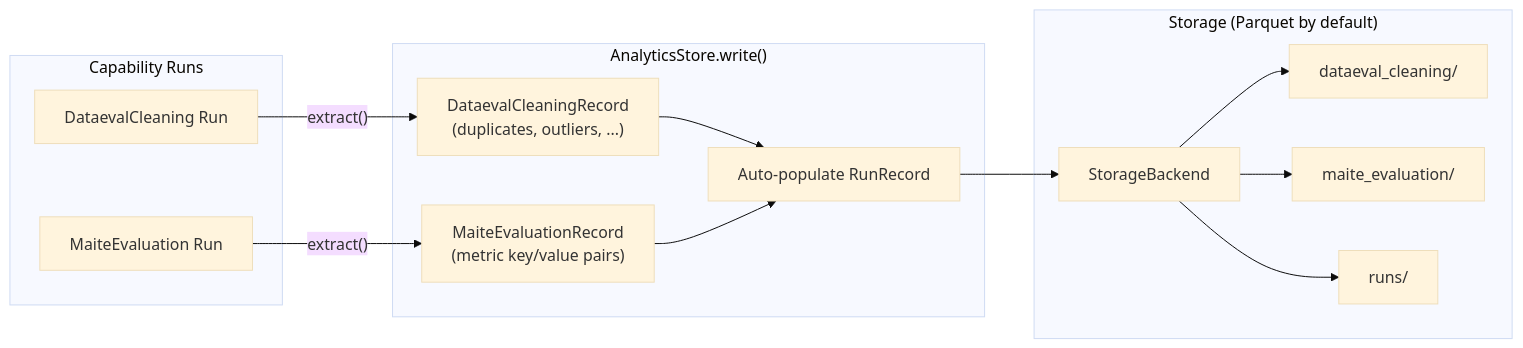
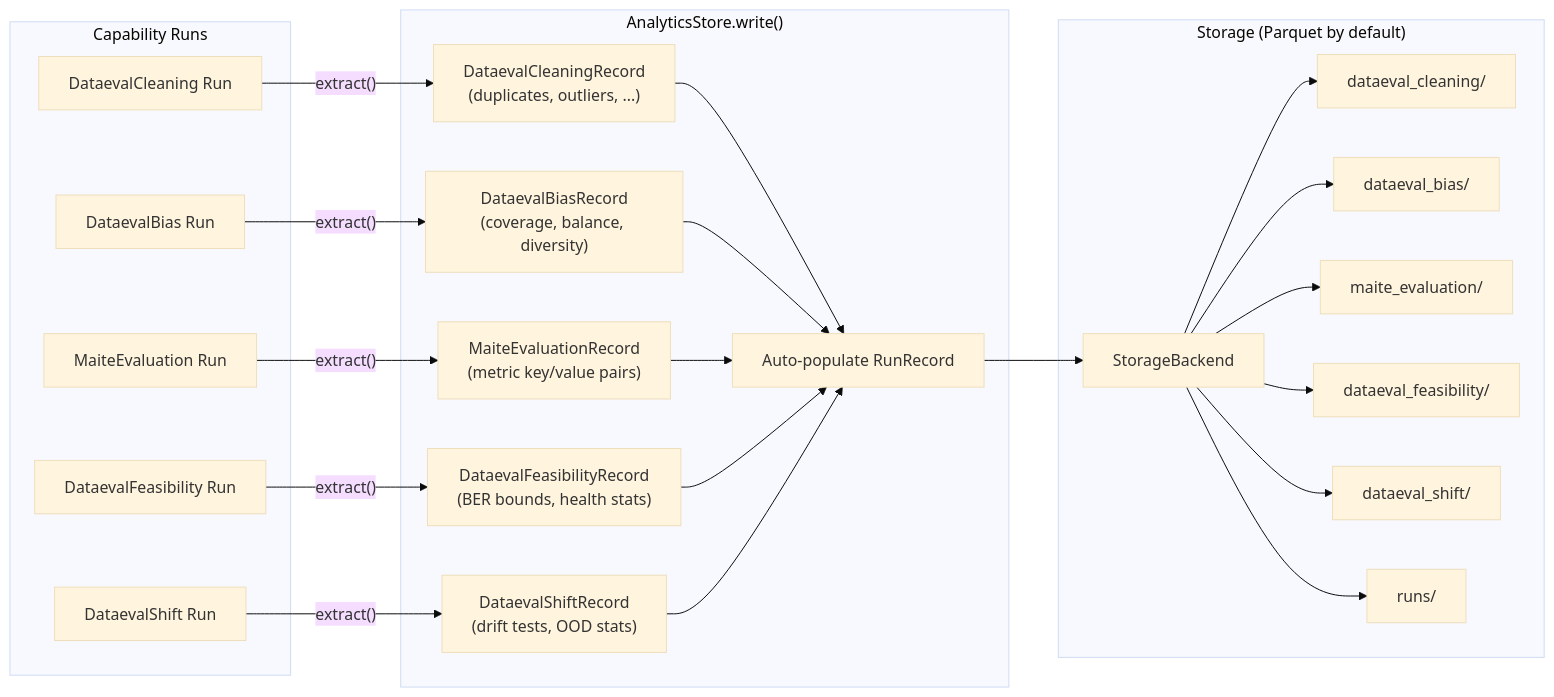
One commit to openteams-ai/checkmaite changed the fourth of 4 diagrams in docs/development/key_concepts.md. Above: the diagram before and after it, drawn with Mermaid (base theme). The commit also changed other lines of this file and 5 other files, not shown here.

Commit message:
Add DataevalShift analytics store record and extract support

````diff
--- a/docs/development/key_concepts.md
+++ b/docs/development/key_concepts.md
@@ -240,23 +237,35 @@
 ```mermaid
 flowchart LR
     subgraph "Capability Runs"
         R1["DataevalCleaning Run"]
+        R2["DataevalBias Run"]
         R3["MaiteEvaluation Run"]
+        R4["DataevalFeasibility Run"]
+        R5["DataevalShift Run"]
     end
 
     R1 -->|"extract()"| Rec1["DataevalCleaningRecord<br>(duplicates, outliers, ...)"]
+    R2 -->|"extract()"| Rec2["DataevalBiasRecord<br>(coverage, balance, diversity)"]
     R3 -->|"extract()"| Rec3["MaiteEvaluationRecord<br>(metric key/value pairs)"]
+    R4 -->|"extract()"| Rec4["DataevalFeasibilityRecord<br>(BER bounds, health stats)"]
+    R5 -->|"extract()"| Rec5["DataevalShiftRecord<br>(drift tests, OOD stats)"]
 
     subgraph "AnalyticsStore.write()"
         Rec1 --> W[Auto-populate RunRecord]
+        Rec2 --> W
         Rec3 --> W
+        Rec4 --> W
+        Rec5 --> W
     end
 
     W --> P["StorageBackend"]
 
     subgraph "Storage (Parquet by default)"
         P --> T1["dataeval_cleaning/"]
+        P --> T2["dataeval_bias/"]
         P --> T3["maite_evaluation/"]
-        P --> T4["runs/"]
+        P --> T4["dataeval_feasibility/"]
+        P --> T5["dataeval_shift/"]
+        P --> T6["runs/"]
     end
 ```
````
